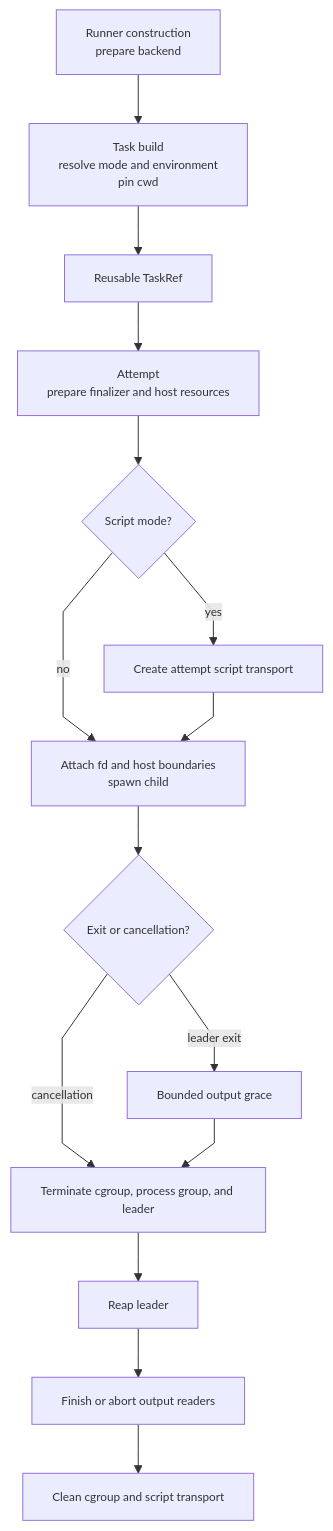
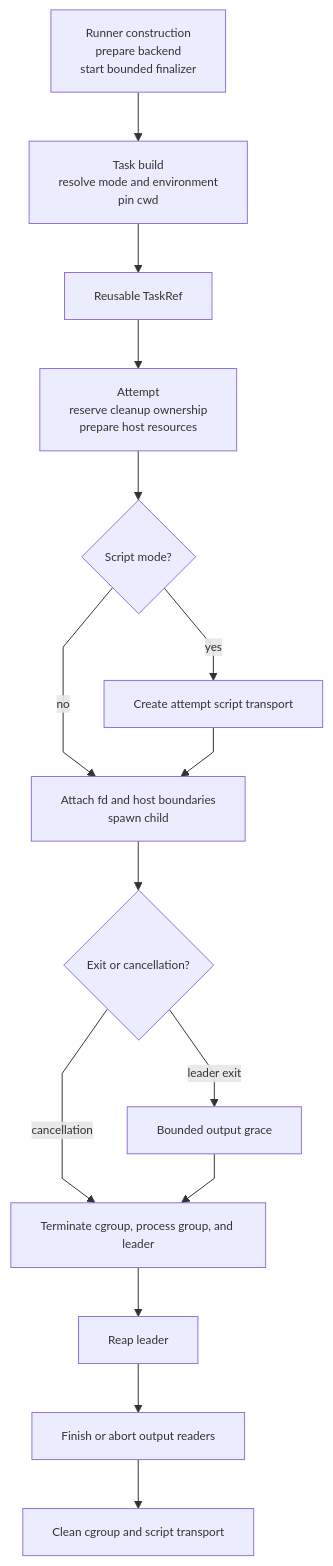
Before and after one commit to soltiHQ/sdk: the sixth of 11 diagrams in crates/solti-exec/ARCHITECTURE.md, drawn with Mermaid. The commit also changed other lines of this file and 222 other files, not shown here.

````diff
--- a/crates/solti-exec/ARCHITECTURE.md
+++ b/crates/solti-exec/ARCHITECTURE.md
@@ -219,32 +227,32 @@
 ```mermaid
 %%{init: {"flowchart": {"curve": "linear"}, "themeVariables": {"fontSize": "12px"}}}%%
 flowchart TB
-    Runner["Runner construction<br/>prepare backend"]
+    Runner["Runner construction<br/>prepare backend<br/>start bounded finalizer"]
     Build["Task build<br/>resolve mode and environment<br/>pin cwd"]
     TaskRef["Reusable TaskRef"]
-    Attempt["Attempt<br/>prepare finalizer and host resources"]
+    Attempt["Attempt<br/>reserve cleanup ownership<br/>prepare host resources"]
     Script{"Script mode?"}
     Materialize["Create attempt script transport"]
     Spawn["Attach fd and host boundaries<br/>spawn child"]
     Observe{"Exit or cancellation?"}
     ExitDrain["Bounded output grace"]
     Terminate["Terminate cgroup, process group, and leader"]
     Reap["Reap leader"]
     FinishOutput["Finish or abort output readers"]
     Cleanup["Clean cgroup and script transport"]
 
     Runner --> Build
     Build --> TaskRef
     TaskRef --> Attempt
     Attempt --> Script
     Script -->|yes| Materialize
     Script -->|no| Spawn
     Materialize --> Spawn
     Spawn --> Observe
     Observe -->|leader exit| ExitDrain
     Observe -->|cancellation| Terminate
     ExitDrain --> Terminate
     Terminate --> Reap
     Reap --> FinishOutput
     FinishOutput --> Cleanup
 ```
````
